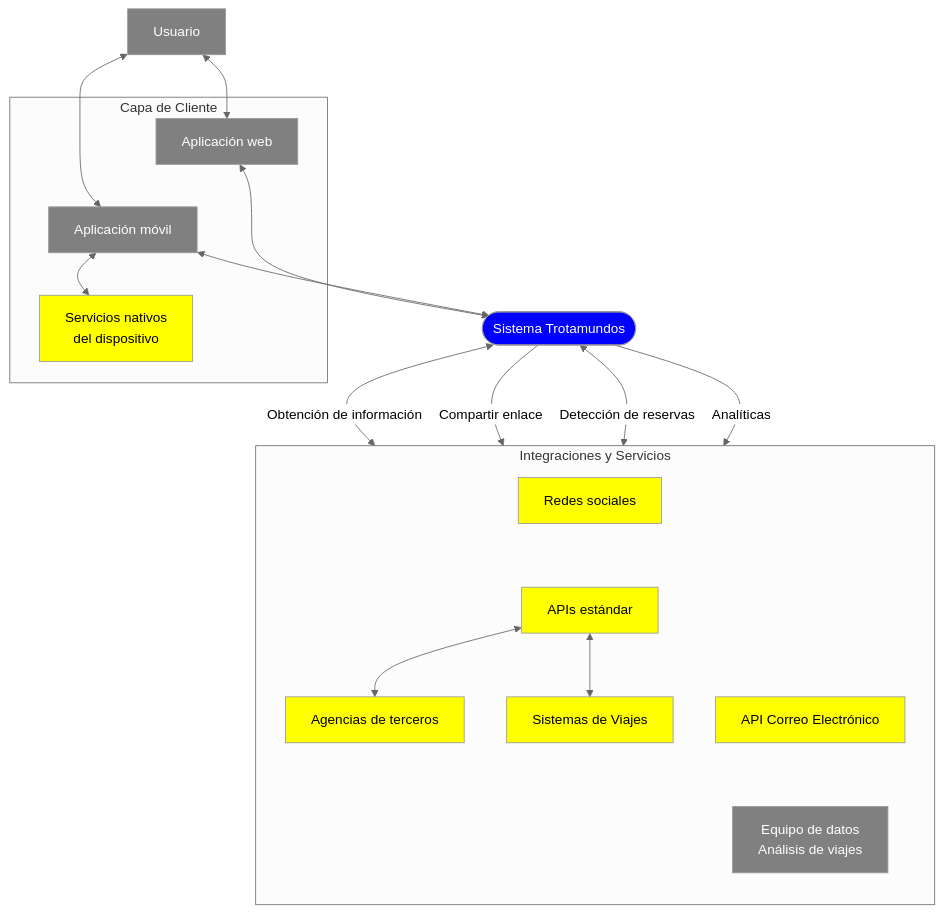
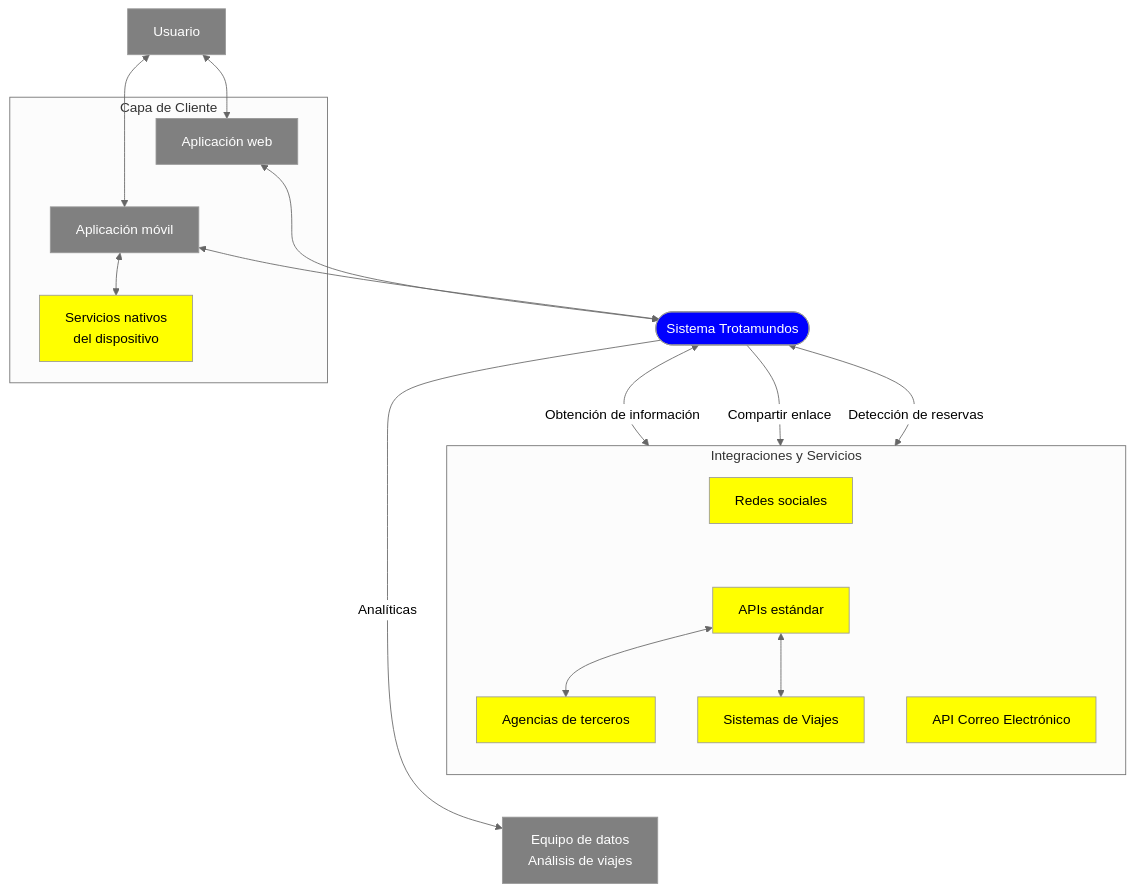
Before and after one commit to RubeKN/trotamundos: the diagram in docs/01-drivers/contexto.md, drawn with Mermaid (neutral theme).

Commit message:
saque al equipo de serviciso externos

````diff
--- a/docs/01-drivers/contexto.md
+++ b/docs/01-drivers/contexto.md
@@ -3,48 +3,49 @@
 ```mermaid
 flowchart TB
     Usuario["Usuario"]
 
     subgraph Clientes ["Capa de Cliente"]
         Web["Aplicación web"]
         App["Aplicación móvil"]
         ServiciosNativos["Servicios nativos<br/>del dispositivo"]
     end
 
+    Datos["Equipo de datos<br/>Análisis de viajes"]
     Sistema(["Sistema Trotamundos"])
+
 
     subgraph Integraciones ["Integraciones y Servicios"]
         direction TB
         APIs["APIs estándar"]
         Agencias["Agencias de terceros"]
         SistemasDeViajes["Sistemas de Viajes"]
         Correo["API Correo Electrónico"]
         Redes["Redes sociales"]
-        Datos["Equipo de datos<br/>Análisis de viajes"]
     end
 
     Usuario <--> Web
     Usuario <--> App
     App <--> ServiciosNativos
 
     Web <--> Sistema
     App <--> Sistema
 
     Sistema <--> |"Obtención de información"| APIs
     APIs <--> Agencias
     APIs <--> SistemasDeViajes
 
     Sistema --> |"Compartir enlace"| Redes
     Sistema <--> |"Detección de reservas"| Correo
     Sistema --> |"Analíticas"| Datos
 
     Web ~~~ App
     App ~~~ ServiciosNativos
     Redes ~~~ APIs ~~~ Correo ~~~ Datos
 
     classDef core fill:#0000ff,color:#ffffff
     classDef actor fill:#808080,color:#ffffff
     classDef external fill:#ffff00,color:#000000
     class Sistema core
     class Usuario,Web,App,Datos actor
     class Agencias,SistemasDeViajes,APIs,Correo,Redes,ServiciosNativos external
 ```
````
